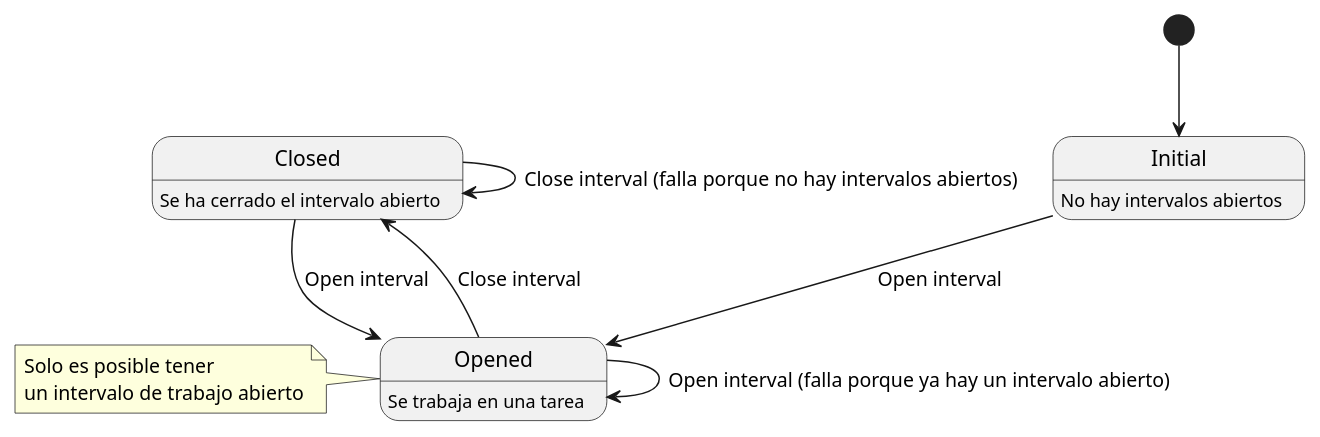
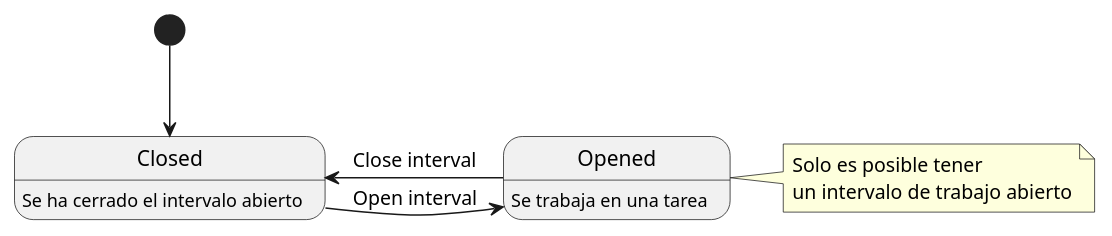
The diagram in docs/src/open-close-interval-states.plantuml (EscuelaIt/time-register), drawn with PlantUML before and after one commit. The commit also changed 1 other file, not shown here.

Commit message:
Actualizar el diagrama de estados

```diff
--- a/docs/src/open-close-interval-states.plantuml
+++ b/docs/src/open-close-interval-states.plantuml
@@ -1,22 +1,17 @@
 @startuml
-state Initial
-Initial : No hay intervalos abiertos
 state Opened
 Opened : Se trabaja en una tarea
 state Closed
 Closed: Se ha cerrado el intervalo abierto
 
-[*] --> Initial
-Initial --> Opened : Open interval
-Opened --> Opened : Open interval (falla porque ya hay un intervalo abierto)
-Opened --> Closed : Close interval
-Closed --> Closed : Close interval (falla porque no hay intervalos abiertos)
+[*] --> Closed
+Opened -left-> Closed : Close interval
 Closed -right-> Opened : Open interval
 
 
-note left of Opened
+note right of Opened
   Solo es posible tener
   un intervalo de trabajo abierto
 end note
 
 @enduml
```
